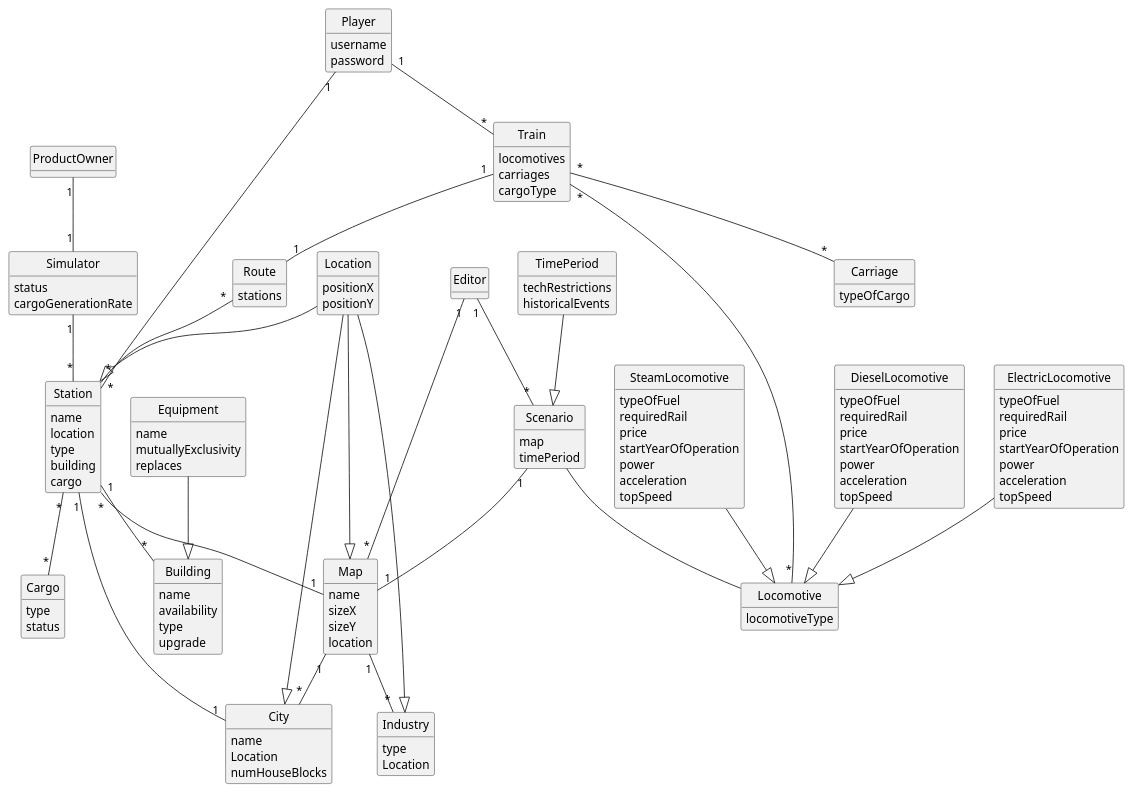
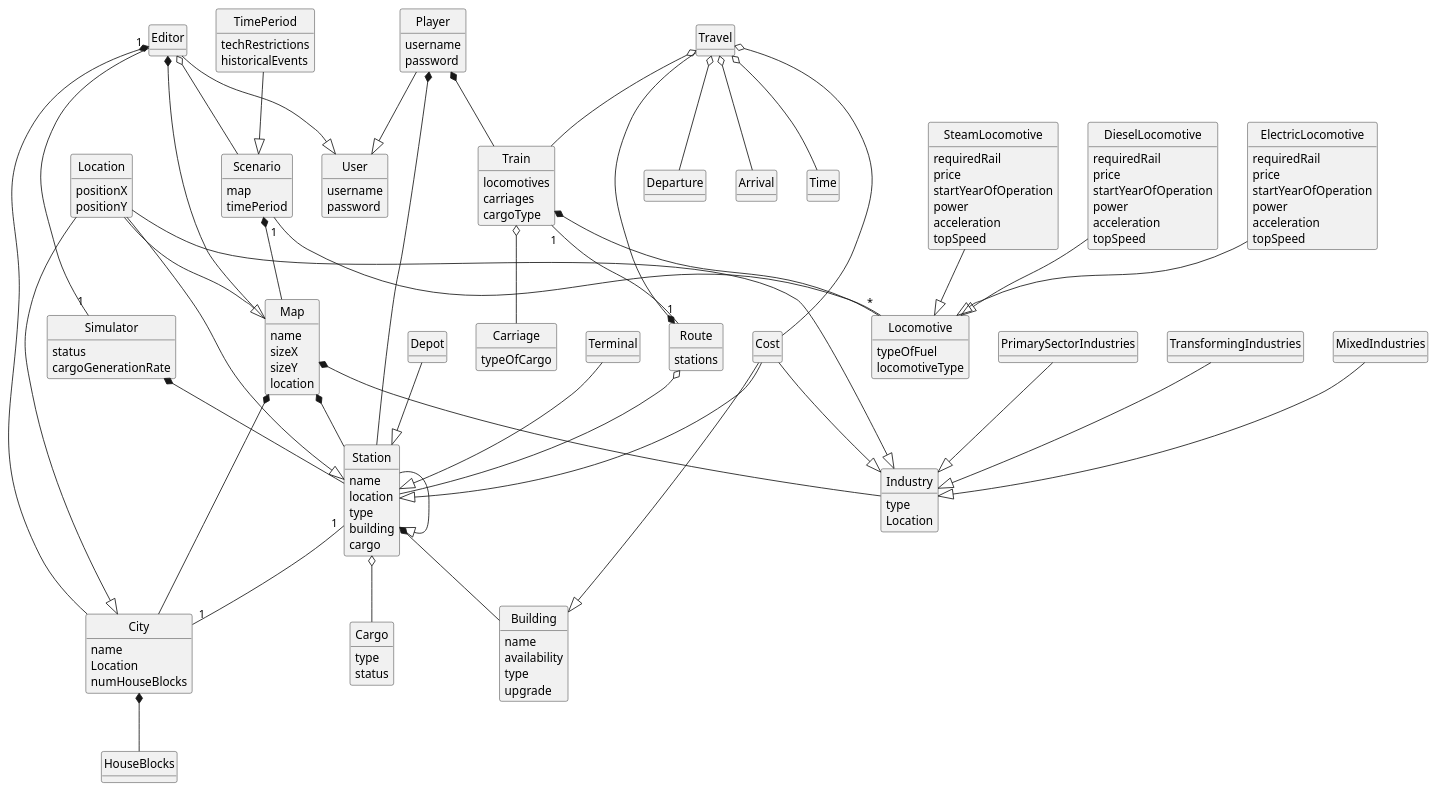
Before and after one commit to goncalolopesp/sem2-pi-24.25-g093-repo: the diagram in docs/system-documentation/global-artifacts/02.analysis/puml/analysis.puml, drawn with PlantUML.

Commit message:
Updated the Domain Model

```diff
--- a/docs/system-documentation/global-artifacts/02.analysis/puml/analysis.puml
+++ b/docs/system-documentation/global-artifacts/02.analysis/puml/analysis.puml
@@ -12,10 +12,24 @@
 
 'title Domain Model
 
-class Location {
-    positionX
-    positionY
+'User Related
+
+class User{
+    username
+    password
 }
+
+class Editor {
+    + createMap(name: String, width: int, height: int)
+}
+
+class Player {
+    username
+    password
+    + buyTrain(carriage: Carriage, locomotive: Locomotive)
+}
+
+'Map Related
 
 class Map {
      name
@@ -24,9 +38,17 @@
      location
 }
 
-class Industry {
+class Location {
+    positionX
+    positionY
+}
+
+class Station {
+    name
+    location
     type
-    Location
+    building
+    cargo
 }
 
 class City {
@@ -40,17 +62,19 @@
     timePeriod
 }
 
-class TimePeriod {
-    techRestrictions
-    historicalEvents
+class Route {
+    stations
 }
 
-class Station {
-    name
-    location
+class HouseBlocks{
+
+}
+
+' Industry Related
+
+class Industry {
     type
-    building
-    cargo
+    Location
 }
 
 class Building {
@@ -65,11 +89,23 @@
     status
 }
 
-class Equipment {
-    name
-    mutuallyExclusivity
-    replaces
+class Cost{
+
 }
+
+' Simulator Related
+
+class TimePeriod {
+    techRestrictions
+    historicalEvents
+}
+
+class Simulator {
+    status
+    cargoGenerationRate
+}
+
+' Train Related
 
 class Train{
     locomotives
@@ -77,16 +113,12 @@
     cargoType
 }
 
-class Route {
-    stations
-}
-
 class Locomotive{
+    typeOfFuel
     locomotiveType
 }
 
 class SteamLocomotive{
-    typeOfFuel
     requiredRail
     price
     startYearOfOperation
@@ -96,7 +128,6 @@
 }
 
 class DieselLocomotive{
-    typeOfFuel
     requiredRail
     price
     startYearOfOperation
@@ -106,7 +137,6 @@
 }
 
 class ElectricLocomotive{
-    typeOfFuel
     requiredRail
     price
     startYearOfOperation
@@ -119,63 +149,72 @@
     typeOfCargo
 }
 
-class Simulator {
-    status
-    cargoGenerationRate
+' Travel Related
+
+class Travel{
+
 }
 
-class Editor {
-    + createMap(name: String, width: int, height: int)
+class Departure{
+
 }
 
-class ProductOwner {
+class Arrival{
+
 }
 
-class Player {
-    username
-    password
-    + buyTrain(carriage: Carriage, locomotive: Locomotive)
+class Time{
+
 }
 
-Editor "1" -- "*" Scenario
-Editor "1"--"*" Map
 
-Map "1"--"*" Industry
-Map "1"--"*" City
-
-Station "*" -- "1" Map
-Station "1" -- "1" City
-Station "1" -- "*" Building
-Station "*" -- "*" Cargo
-
-Player "1"--"*" Train
-Player "1"--"*" Station
-
-Train "*"--"*" Locomotive
-Train "*"--"*" Carriage
-Train "1" -- "1" Route
-
-Route "*" -- "*" Station
-
-ProductOwner "1" -- "1" Simulator
-
-Simulator "1" -- "*" Station
-
-Scenario -- Locomotive
-Scenario "1" -- "1" Map
-
-
+Cost --|> Station
+Cost --|> Building
+Cost --|> Industry
+Depot --|> Station
+Station --|> Station
+Terminal --|> Station
+PrimarySectorIndustries --|> Industry
+TransformingIndustries --|> Industry
+MixedIndustries --|> Industry
 TimePeriod --|> Scenario
-
-Equipment --|> Building
-
 Location --|> Map
 Location --|> City
 Location --|> Station
 Location --|> Industry
-
 SteamLocomotive --|> Locomotive
 DieselLocomotive --|> Locomotive
 ElectricLocomotive --|> Locomotive
+Player --|> User
+Editor --|> User
+
+Travel o-- Cost
+Travel o-- Departure
+Travel o-- Arrival
+Travel o-- Time
+Travel o-- Train
+Route o-- Station
+Editor o-- Scenario
+Station o-- Cargo
+Train o-- Carriage
+
+Route *-- Travel
+Train *-- Locomotive
+Editor *-- Map
+City *-- HouseBlocks
+Map *-- Industry
+Map *-- City
+Map *-- Station
+Player *-- Station
+Player *-- Train
+Station *-- Building
+Simulator *-- Station
+Scenario *-- Map
+Editor *-- City
+
+Station "1" -- "1" City
+Train "1" -- "1" Route
+Editor "1" -- "1" Simulator
+Scenario "1"--"*" Locomotive
 
 @enduml
```
